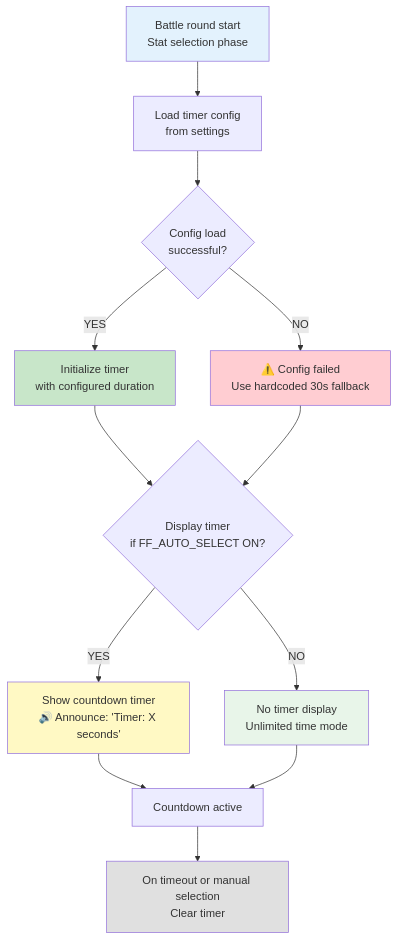
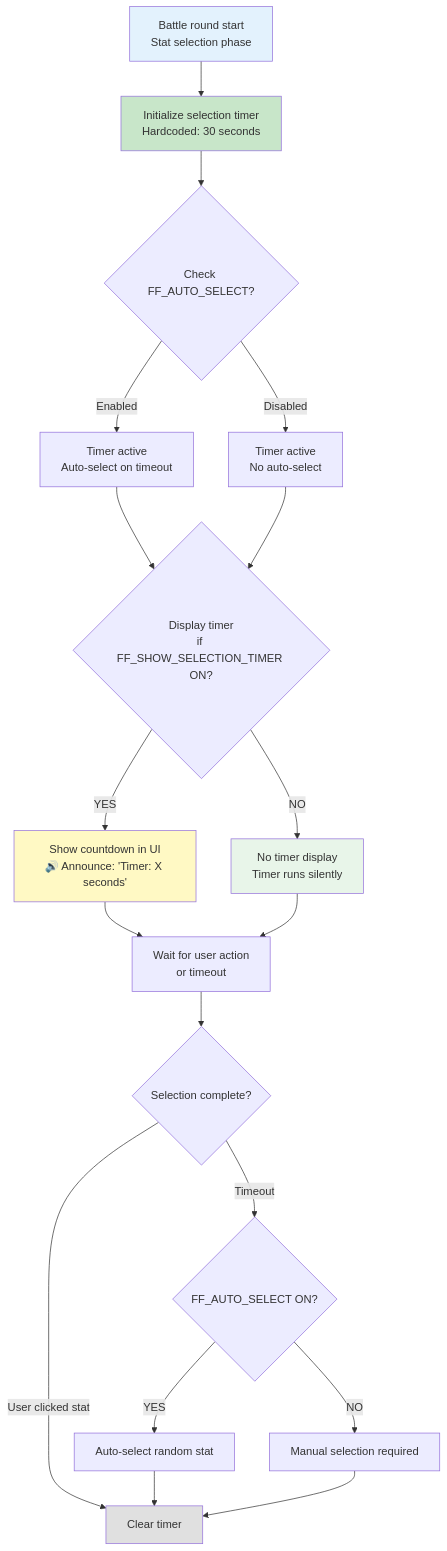
Before and after one commit to CyanAutomation/judokon: the second of 3 diagrams in design/productRequirementsDocuments/prdRandomStatMode.md, drawn with Mermaid. The commit also changed other lines of this file and 3 other files, not shown here.

````diff
--- a/design/productRequirementsDocuments/prdRandomStatMode.md
+++ b/design/productRequirementsDocuments/prdRandomStatMode.md
@@ -87,26 +87,31 @@
 ```mermaid
 flowchart TD
-    A["Battle round start<br/>Stat selection phase"] --> B["Load timer config<br/>from settings"]
-    B --> C{"Config load<br/>successful?"}
+    A["Battle round start<br/>Stat selection phase"] --> B["Initialize selection timer<br/>Hardcoded: 30 seconds"]
+    B --> C{"Check FF_AUTO_SELECT?"}
 
-    C -->|YES| D["Initialize timer<br/>with configured duration"]
-    C -->|NO| E["⚠️ Config failed<br/>Use hardcoded 30s fallback"]
+    C -->|Enabled| D["Timer active<br/>Auto-select on timeout"]
+    C -->|Disabled| E["Timer active<br/>No auto-select"]
 
-    D --> F{"Display timer<br/>if FF_AUTO_SELECT ON?"}
+    D --> F{"Display timer<br/>if FF_SHOW_SELECTION_TIMER ON?"}
     E --> F
 
-    F -->|YES| G["Show countdown timer<br/>🔊 Announce: 'Timer: X seconds'"]
-    F -->|NO| H["No timer display<br/>Unlimited time mode"]
+    F -->|YES| G["Show countdown in UI<br/>🔊 Announce: 'Timer: X seconds'"]
+    F -->|NO| H["No timer display<br/>Timer runs silently"]
 
-    G --> I["Countdown active"]
+    G --> I["Wait for user action<br/>or timeout"]
     H --> I
 
-    I --> J["On timeout or manual selection<br/>Clear timer"]
+    I --> J{"Selection complete?"}
+    J -->|User clicked stat| K["Clear timer"]
+    J -->|Timeout| L{"FF_AUTO_SELECT ON?"}
+    L -->|YES| M["Auto-select random stat"]
+    L -->|NO| N["Manual selection required"]
+    M --> K
+    N --> K
 
     style A fill:#e3f2fd
-    style D fill:#c8e6c9
-    style E fill:#ffcdd2
+    style B fill:#c8e6c9
     style G fill:#fff9c4
     style H fill:#e8f5e9
-    style J fill:#e0e0e0
+    style K fill:#e0e0e0
 ```
````
